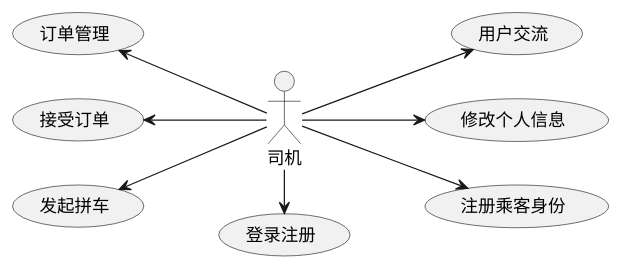
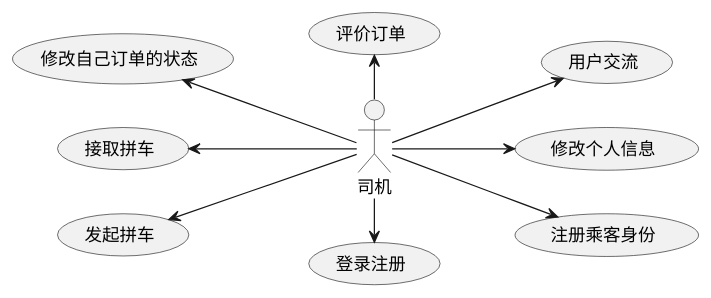
Before and after one commit to RZGGM/CarpoolingProjectBasedOnSringbootAndVue-Backend: the diagram in src/main/resources/uml/用例图/司机用例图.puml, drawn with PlantUML. The commit also changed 23 other files, not shown here.

```diff
--- a/src/main/resources/uml/用例图/司机用例图.puml
+++ b/src/main/resources/uml/用例图/司机用例图.puml
@@ -1,46 +1,48 @@
 @startuml
 'https://plantuml.com/use-case-diagram
 
 left to right direction
 
 '(拼车)<|-- (发起拼车)
 '(拼车)<|--(接受订单)
 '
 '
 '(订单) <|-- (取消订单)
 '(订单) <|-- (发送信息)
 '(订单) <|-- (投诉)
 '
 '(聊天) <|-- (查看信息)
 '(聊天) <|-- (选择聊天室)
 '(聊天) <|-- (发送信息)
 '
 '(我的)<|-- (修改个人信息)
 '(我的)<|-- (选择为这个帐号注册乘客身份)
 
 
 ':司机: --> (拼车)
 ':司机: --> (订单)
 ':司机: --> (聊天)
 ':司机: --> (我的)
 
 :司机: -up-> (发起拼车)
-:司机: -up-> (接受订单)
+:司机: -up-> (接取拼车)
 
 ':司机: -up-> (取消订单)
 ':司机: -up-> (发送信息)
 ':司机: --> (投诉)
 
-:司机: -up-> (订单管理)
+':司机: -up-> (订单管理)
+:司机: -up-> (修改自己订单的状态)
+:司机: -left-> (评价订单)
 
 :司机: -right-> (登录注册)
 
 ':司机: --> (查看信息)
 ':司机: --> (选择聊天室)
 ':司机: --> (发送信息)
 :司机: --> (用户交流)
 
 :司机: --> (修改个人信息)
 :司机: --> (注册乘客身份)
 
 @enduml
```
